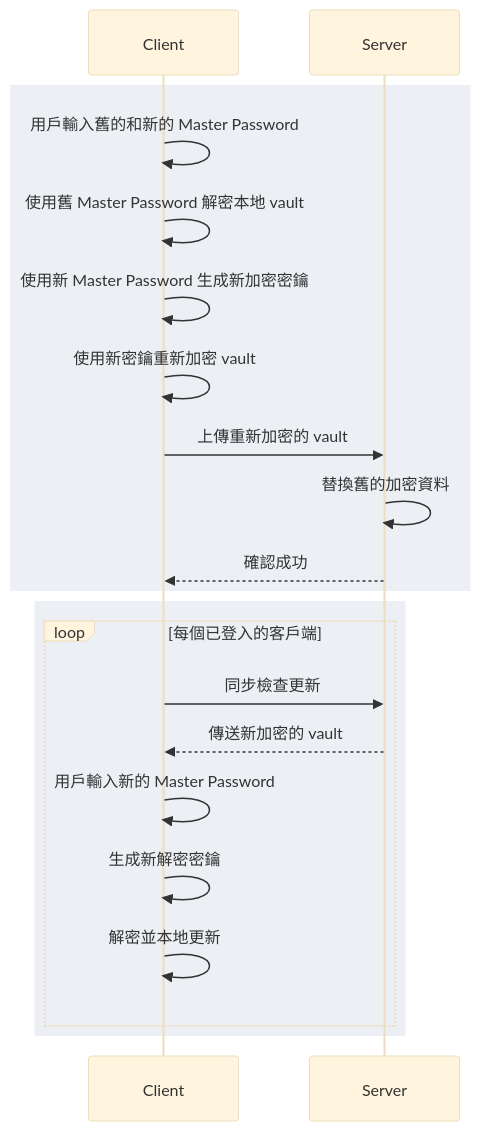
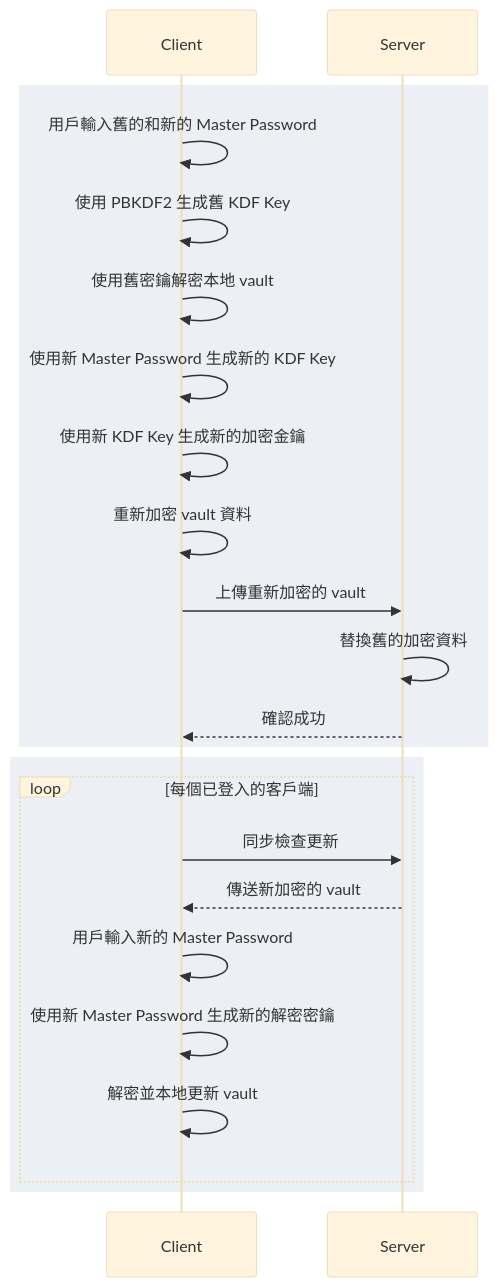
Before and after one commit to omegaatt36/omegaatt-blog: the third of 3 diagrams in content/blogs/develop/2023/bitwarden_with_self_hosted_password_backend/index.md, drawn with Mermaid (base theme). The commit also changed other lines of this file and 2 other files, not shown here.

````diff
--- a/content/blogs/develop/2023/bitwarden_with_self_hosted_password_backend/index.md
+++ b/content/blogs/develop/2023/bitwarden_with_self_hosted_password_backend/index.md
@@ -83,25 +92,28 @@
 ```mermaid
 sequenceDiagram
     participant Client
     participant Server
 
     rect rgb(236,239,244)
     Client ->> Client: 用戶輸入舊的和新的 Master Password
-    Client ->> Client: 使用舊 Master Password 解密本地 vault
-    Client ->> Client: 使用新 Master Password 生成新加密密鑰
-    Client ->> Client: 使用新密鑰重新加密 vault
+    Client ->> Client: 使用 PBKDF2 生成舊 KDF Key
+    Client ->> Client: 使用舊密鑰解密本地 vault
+    Client ->> Client: 使用新 Master Password 生成新的 KDF Key
+    Client ->> Client: 使用新 KDF Key 生成新的加密金鑰
+    Client ->> Client: 重新加密 vault 資料
     Client ->> Server: 上傳重新加密的 vault
     Server ->> Server: 替換舊的加密資料
     Server -->> Client: 確認成功
     end
 
     rect rgb(236,239,244)
     loop 每個已登入的客戶端
         Client ->> Server: 同步檢查更新
         Server -->> Client: 傳送新加密的 vault
         Client ->> Client: 用戶輸入新的 Master Password
-        Client ->> Client: 生成新解密密鑰
-        Client ->> Client: 解密並本地更新
+        Client ->> Client: 使用新 Master Password 生成新的解密密鑰
+        Client ->> Client: 解密並本地更新 vault
     end
     end
+
 ```
````
